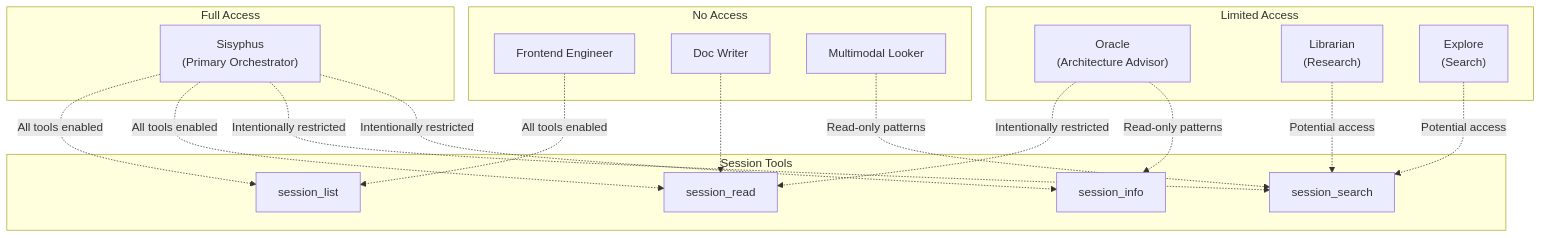
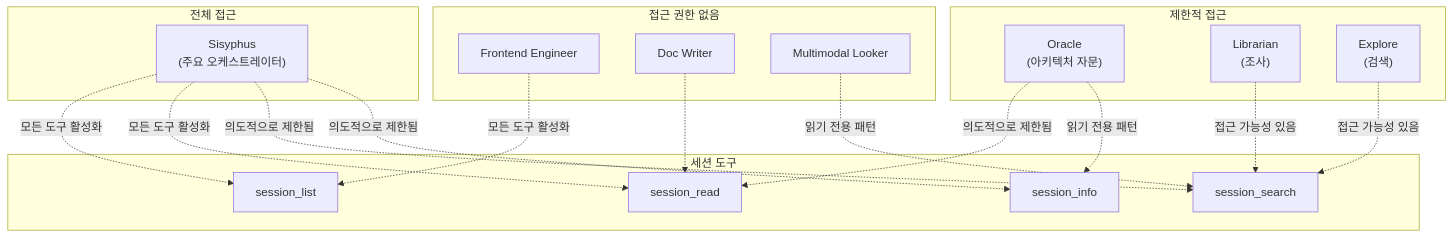
Before and after one commit to felipetruman/oh-my-opencode-docs: the second of 8 diagrams in docs/tools/session-management-tools.md, drawn with Mermaid. The commit also changed other lines of this file and 76 other files, not shown here.

````diff
--- a/docs/tools/session-management-tools.md
+++ b/docs/tools/session-management-tools.md
@@ -348,50 +346,50 @@
 ```mermaid
 flowchart TD
 
-Sisyphus["Sisyphus<br>(Primary Orchestrator)"]
-Oracle["Oracle<br>(Architecture Advisor)"]
-Librarian["Librarian<br>(Research)"]
-Explore["Explore<br>(Search)"]
+Sisyphus["Sisyphus<br>(주요 오케스트레이터)"]
+Oracle["Oracle<br>(아키텍처 자문)"]
+Librarian["Librarian<br>(조사)"]
+Explore["Explore<br>(검색)"]
 Frontend["Frontend Engineer"]
 DocWriter["Doc Writer"]
 Multimodal["Multimodal Looker"]
 SL["session_list"]
 SR["session_read"]
 SS["session_search"]
 SI["session_info"]
 
-Sisyphus -.->|"All tools enabled"| SL
-Sisyphus -.->|"All tools enabled"| SR
-Sisyphus -.->|"Intentionally restricted"| SS
-Sisyphus -.->|"Intentionally restricted"| SI
-Oracle -.->|"Intentionally restricted"| SR
-Oracle -.->|"Read-only patterns"| SI
-Librarian -.->|"Potential access"| SS
-Explore -.->|"Potential access"| SS
-Frontend -.->|"All tools enabled"| SL
+Sisyphus -.->|"모든 도구 활성화"| SL
+Sisyphus -.->|"모든 도구 활성화"| SR
+Sisyphus -.->|"의도적으로 제한됨"| SS
+Sisyphus -.->|"의도적으로 제한됨"| SI
+Oracle -.->|"의도적으로 제한됨"| SR
+Oracle -.->|"읽기 전용 패턴"| SI
+Librarian -.->|"접근 가능성 있음"| SS
+Explore -.->|"접근 가능성 있음"| SS
+Frontend -.->|"모든 도구 활성화"| SL
 DocWriter -.-> SR
-Multimodal -.->|"Read-only patterns"| SS
+Multimodal -.->|"읽기 전용 패턴"| SS
 
-subgraph subGraph3 ["Session Tools"]
+subgraph subGraph3 ["세션 도구"]
     SL
     SR
     SS
     SI
 end
 
-subgraph subGraph2 ["No Access"]
+subgraph subGraph2 ["접근 권한 없음"]
     Frontend
     DocWriter
     Multimodal
 end
 
-subgraph subGraph1 ["Limited Access"]
+subgraph subGraph1 ["제한적 접근"]
     Oracle
     Librarian
     Explore
 end
 
-subgraph subGraph0 ["Full Access"]
+subgraph subGraph0 ["전체 접근"]
     Sisyphus
 end
 ```
````
